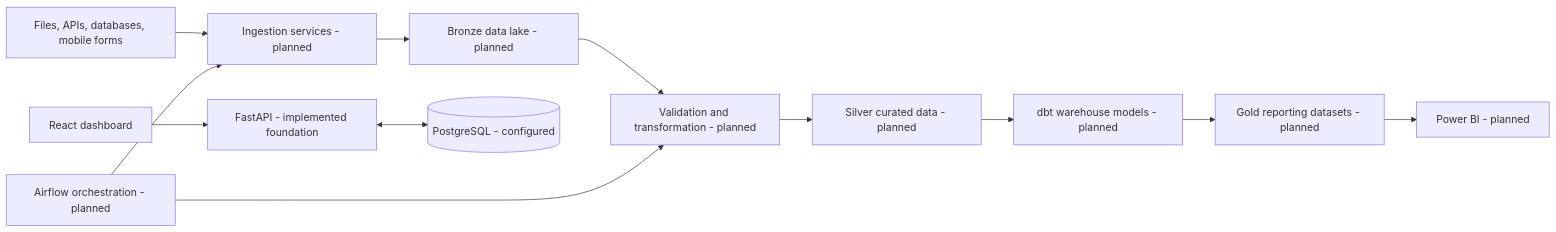
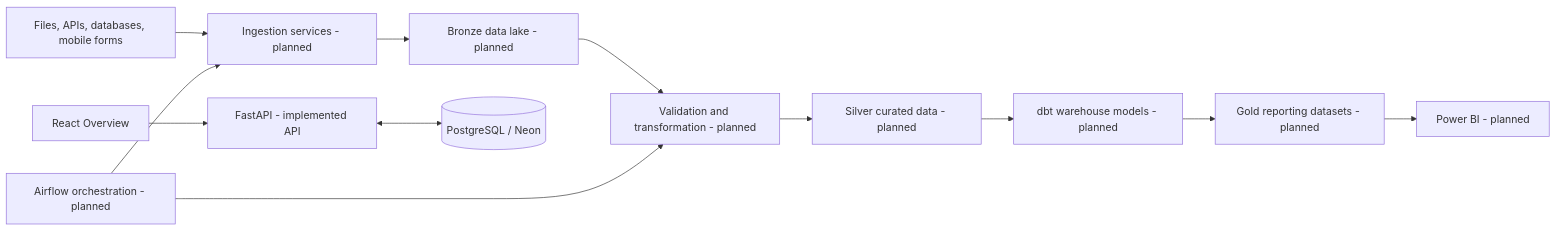
One commit to Zamokuhlecoder/ImpactFlow changed the second of 2 diagrams in docs/SYSTEM_ARCHITECTURE.md. Above: the diagram before and after it, drawn with Mermaid. The commit also changed other lines of this file and 57 other files, not shown here.

````diff
--- a/docs/SYSTEM_ARCHITECTURE.md
+++ b/docs/SYSTEM_ARCHITECTURE.md
@@ -22,14 +33,14 @@
 ```mermaid
 flowchart LR
     S[Files, APIs, databases, mobile forms] --> I[Ingestion services - planned]
     I --> B[Bronze data lake - planned]
     B --> T[Validation and transformation - planned]
     T --> SI[Silver curated data - planned]
     SI --> D[dbt warehouse models - planned]
     D --> G[Gold reporting datasets - planned]
     G --> BI[Power BI - planned]
-    API[FastAPI - implemented foundation] <--> PG[(PostgreSQL - configured)]
-    FE[React dashboard] --> API
+    API[FastAPI - implemented API] <--> PG[(PostgreSQL / Neon)]
+    FE[React Overview] --> API
     O[Airflow orchestration - planned] --> I
     O --> T
 ```
````
